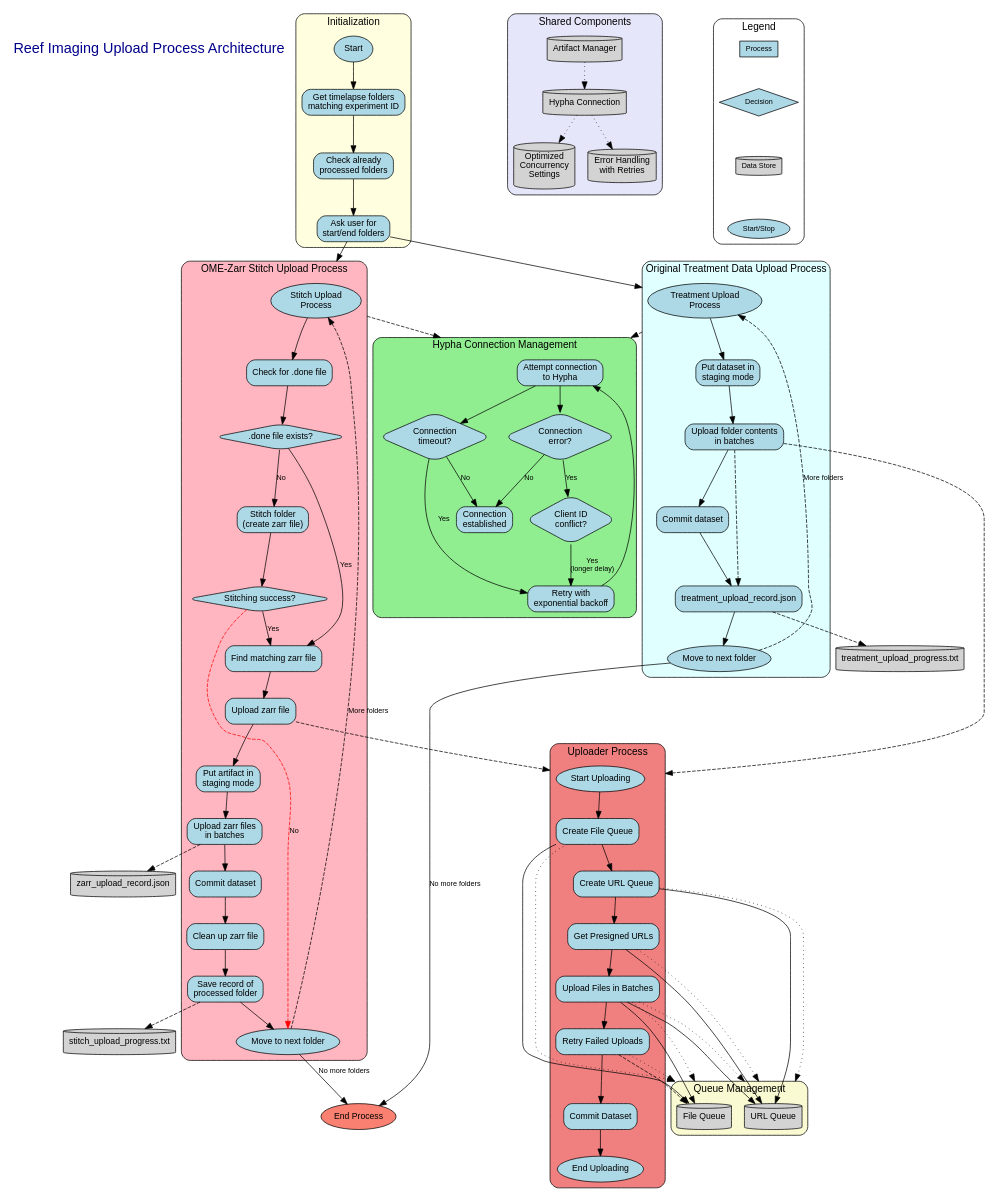
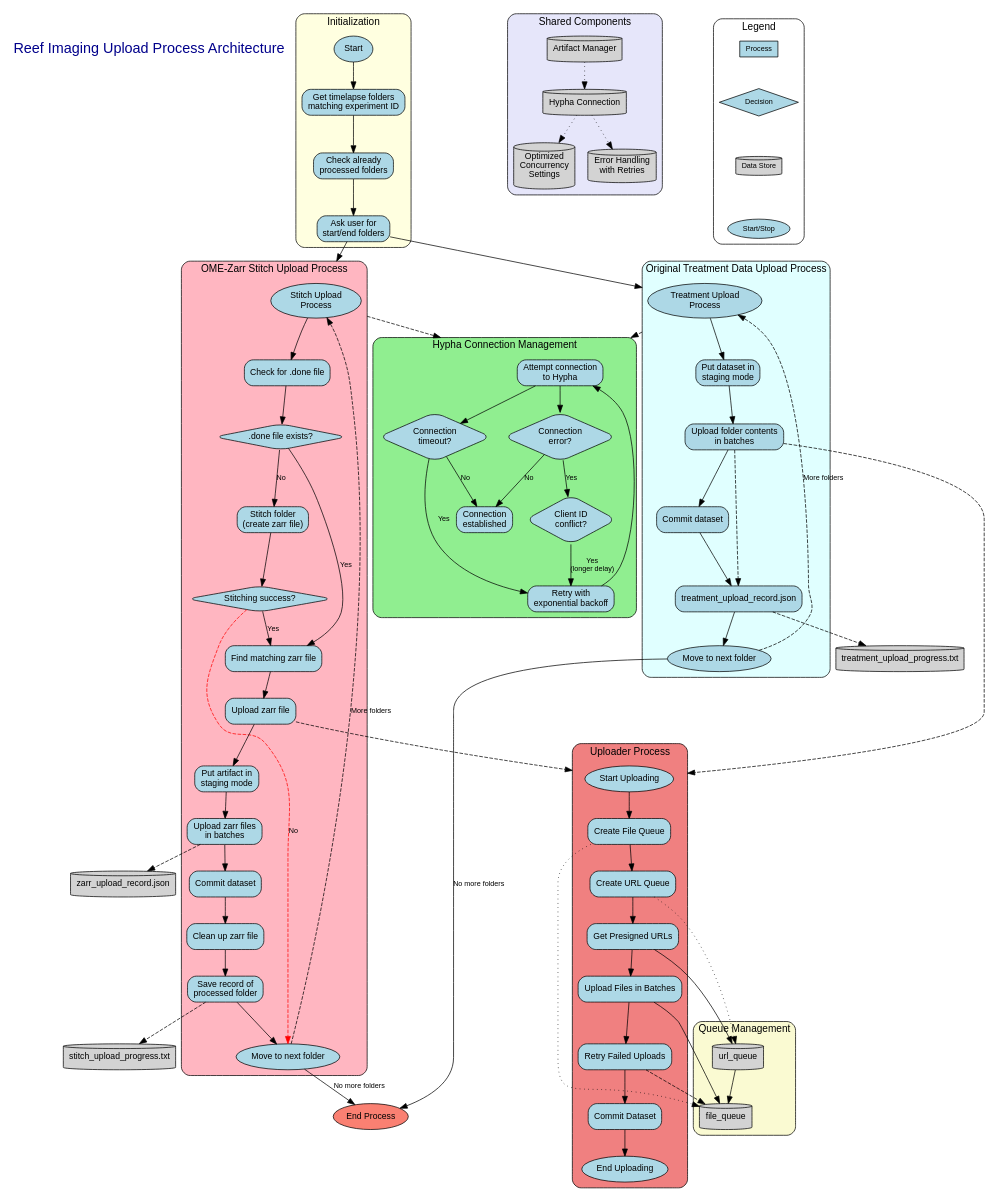
One commit to cccoolll/reef-imaging changed the diagram in reef_imaging/hypha_tools/artifact_manager/upload_process.dot. Above: the diagram before and after it, drawn with Graphviz. The commit also changed 1 other file, not shown here.

Commit message:
Refactor upload process diagram in DOT file for improved clarity and update associated image

```diff
--- a/reef_imaging/hypha_tools/artifact_manager/upload_process.dot
+++ b/reef_imaging/hypha_tools/artifact_manager/upload_process.dot
@@ -181,28 +181,17 @@
     treatment_upload -> uploader_start [lhead=cluster_uploader, style=dashed];
     upload_zarr -> uploader_start [lhead=cluster_uploader, style=dashed];
     
-    // Detailed queue management
+    // Queue Management
     subgraph cluster_queue {
         label="Queue Management";
         style="rounded,filled";
         fillcolor=lightgoldenrodyellow;
         
-        file_queue [label="File Queue", shape=cylinder];
-        url_queue [label="URL Queue", shape=cylinder];
-        
-        create_queue -> file_queue;
-        create_url_queue -> url_queue;
+        create_url_queue -> url_queue [style=dotted];
         get_presigned_urls -> url_queue;
+        create_queue -> file_queue [style=dotted];
+        url_queue -> file_queue;
         upload_files -> file_queue;
-        upload_files -> url_queue;
         retry_failed -> file_queue [style=dashed];
     }
-    
-    // Connect queue management to uploader process
-    create_queue -> file_queue [lhead=cluster_queue, style=dotted];
-    create_url_queue -> url_queue [lhead=cluster_queue, style=dotted];
-    get_presigned_urls -> url_queue [lhead=cluster_queue, style=dotted];
-    upload_files -> file_queue [lhead=cluster_queue, style=dotted];
-    upload_files -> url_queue [lhead=cluster_queue, style=dotted];
-    retry_failed -> file_queue [lhead=cluster_queue, style=dotted];
 } 
```
